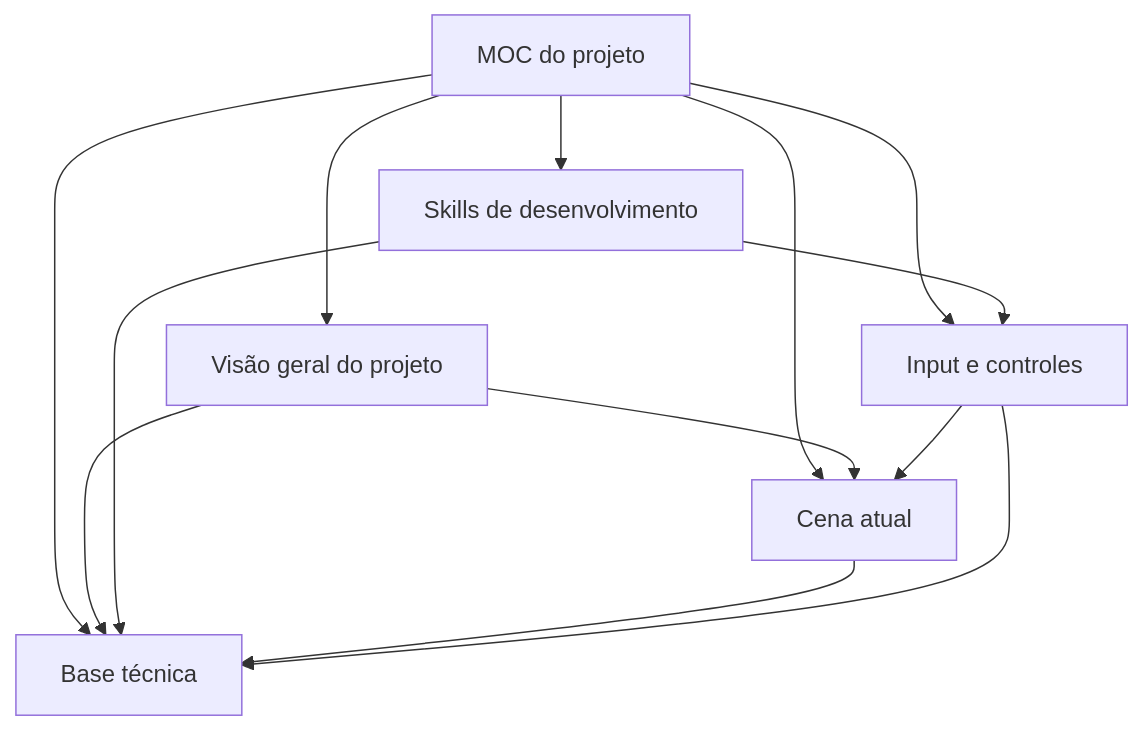
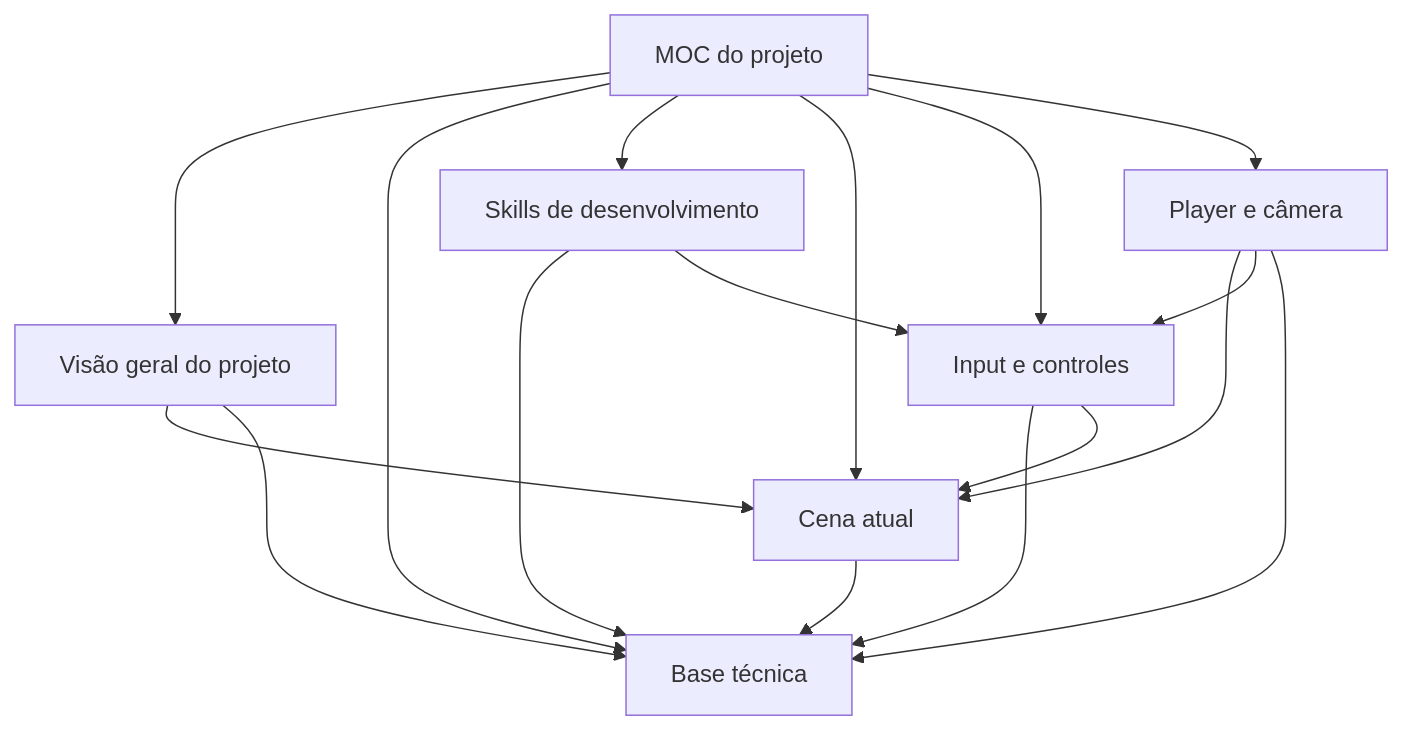
One commit to AlexYagam1/Ho-and-the-Bells-Guardians changed the diagram in Assets/SecondBrain/00 - MOC.md. Above: the diagram before and after it, drawn with Mermaid. The commit also changed other lines of this file and 42 other files, not shown here.

````diff
--- a/Assets/SecondBrain/00 - MOC.md
+++ b/Assets/SecondBrain/00 - MOC.md
@@ -18,15 +19,19 @@
 ```mermaid
 graph TD
     MOC[ MOC do projeto ] --> P[ Visão geral do projeto ]
     MOC --> TEC[ Base técnica ]
     MOC --> SKILLS[ Skills de desenvolvimento ]
     MOC --> CENA[ Cena atual ]
     MOC --> INPUT[ Input e controles ]
+    MOC --> PLAYER[ Player e câmera ]
+    PLAYER --> CENA
+    PLAYER --> INPUT
+    PLAYER --> TEC
     P --> CENA
     P --> TEC
     SKILLS --> TEC
     SKILLS --> INPUT
     CENA --> TEC
     INPUT --> TEC
     INPUT --> CENA
 ```
````
